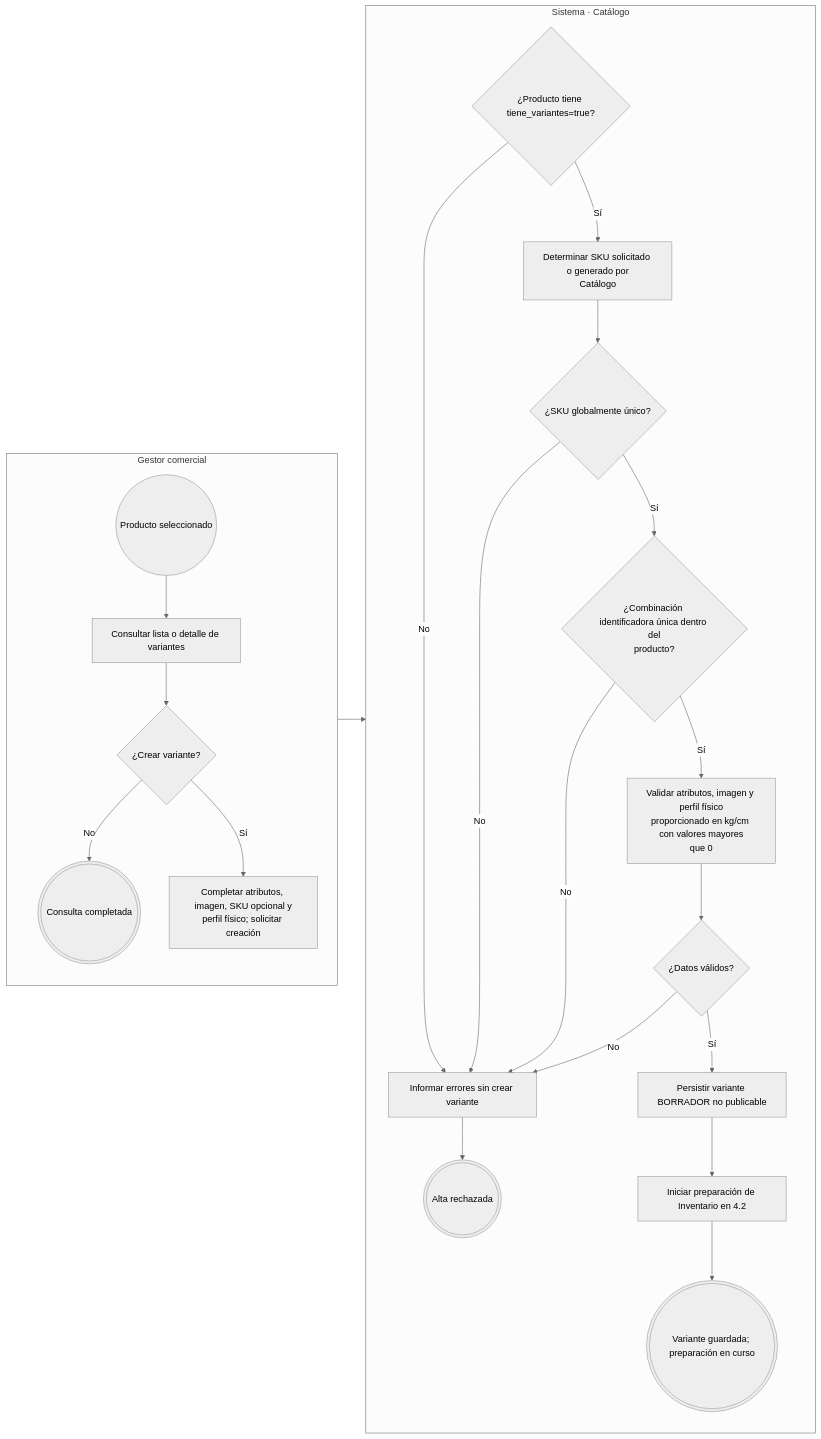
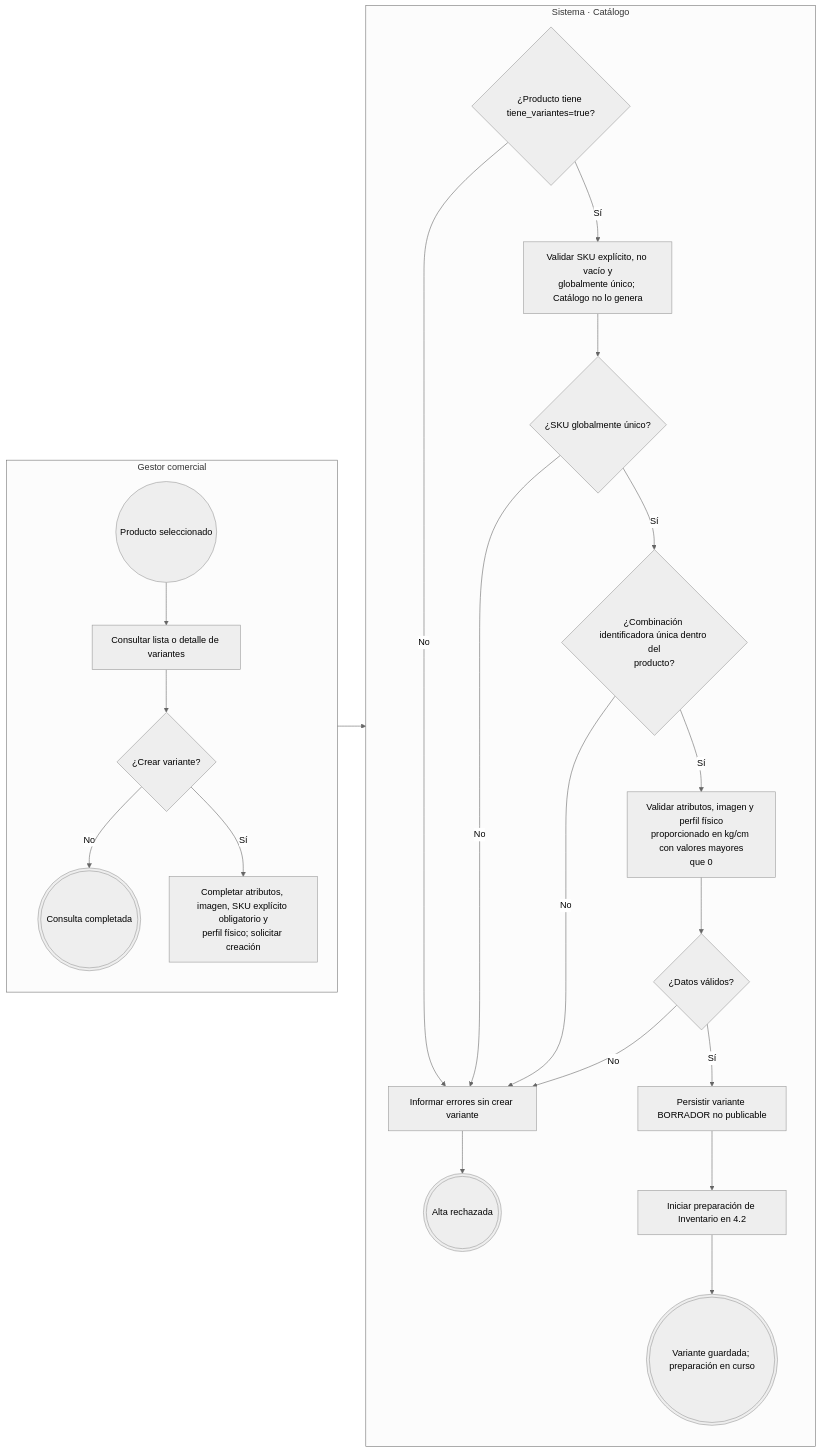
One commit to Taller-SW-Web/G6-Productos-Ofertas-docs changed the first of 4 diagrams in requisitos/flujos/FLOW-004-gestion-variantes-skus.md. Above: the diagram before and after it, drawn with Mermaid (neutral theme). The commit also changed other lines of this file and 25 other files, not shown here.

````diff
--- a/requisitos/flujos/FLOW-004-gestion-variantes-skus.md
+++ b/requisitos/flujos/FLOW-004-gestion-variantes-skus.md
@@ -26,37 +26,37 @@
 ```mermaid
 flowchart LR
     subgraph G["Gestor comercial"]
         direction TB
         INICIO(("Producto seleccionado"))
         CONSULTAR["Consultar lista o detalle de variantes"]
         ACCION{"¿Crear variante?"}
-        DATOS["Completar atributos, imagen, SKU opcional y<br/>perfil físico; solicitar creación"]
+        DATOS["Completar atributos, imagen, SKU explícito obligatorio y<br/>perfil físico; solicitar creación"]
         FIN_CONSULTA((("Consulta completada")))
     end
     subgraph S["Sistema · Catálogo"]
         direction TB
         MODELO{"¿Producto tiene tiene_variantes=true?"}
-        SKU["Determinar SKU solicitado o generado por<br/>Catálogo"]
+        SKU["Validar SKU explícito, no vacío y<br/>globalmente único; Catálogo no lo genera"]
         UNICO{"¿SKU globalmente único?"}
         COMBINACION{"¿Combinación identificadora única dentro del<br/>producto?"}
         VALIDAR["Validar atributos, imagen y perfil físico<br/>proporcionado en kg/cm con valores mayores<br/>que 0"]
         VALIDO{"¿Datos válidos?"}
         GUARDAR["Persistir variante BORRADOR no publicable"]
         PREPARAR["Iniciar preparación de Inventario en 4.2"]
         RECHAZAR["Informar errores sin crear variante"]
         FIN_OK((("Variante guardada; preparación en curso")))
         FIN_ERROR((("Alta rechazada")))
     end
     INICIO --> CONSULTAR --> ACCION
     ACCION -->|"No"| FIN_CONSULTA
     ACCION -->|"Sí"| DATOS --> MODELO
     MODELO -->|"No"| RECHAZAR
     MODELO -->|"Sí"| SKU --> UNICO
     UNICO -->|"No"| RECHAZAR
     UNICO -->|"Sí"| COMBINACION
     COMBINACION -->|"No"| RECHAZAR
     COMBINACION -->|"Sí"| VALIDAR --> VALIDO
     VALIDO -->|"No"| RECHAZAR
     VALIDO -->|"Sí"| GUARDAR --> PREPARAR --> FIN_OK
     RECHAZAR --> FIN_ERROR
 ```
````
